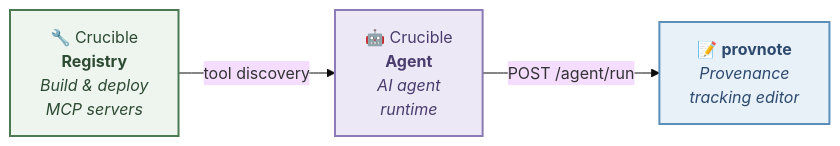
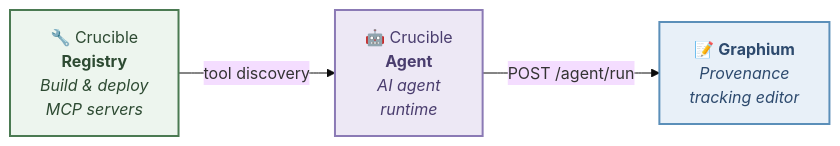
The second of 2 diagrams in README.md (kumagallium/Crucible), drawn with Mermaid (base theme) before and after one commit. The commit also changed other lines of this file and 1 other file, not shown here.

Commit message:
[docs] Rename provnote to Graphium in READMEs
Update product name, links, and Mermaid diagrams.

````diff
--- a/README.md
+++ b/README.md
@@ -190,13 +190,13 @@
 ```mermaid
 graph LR
     Registry["🔧 Crucible<br/><b>Registry</b><br/><i>Build & deploy<br/>MCP servers</i>"]
     Agent["🤖 Crucible<br/><b>Agent</b><br/><i>AI agent<br/>runtime</i>"]
-    provnote["📝 <b>provnote</b><br/><i>Provenance<br/>tracking editor</i>"]
+    Graphium["📝 <b>Graphium</b><br/><i>Provenance<br/>tracking editor</i>"]
 
     Registry -- "tool discovery" --> Agent
-    Agent -- "POST /agent/run" --> provnote
+    Agent -- "POST /agent/run" --> Graphium
 
     style Registry fill:#edf5ee,stroke:#4B7A52,stroke-width:2px,color:#2d4a32
     style Agent fill:#ede8f5,stroke:#8b7ab5,stroke-width:2px,color:#4a3d6e
-    style provnote fill:#e8f0f8,stroke:#5b8fb9,stroke-width:2px,color:#2d4a6e
+    style Graphium fill:#e8f0f8,stroke:#5b8fb9,stroke-width:2px,color:#2d4a6e
 ```
````
